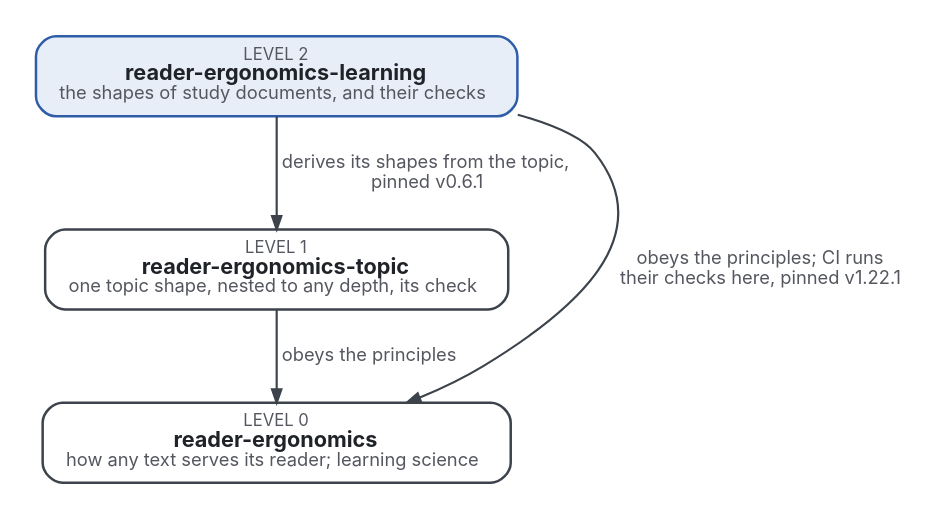
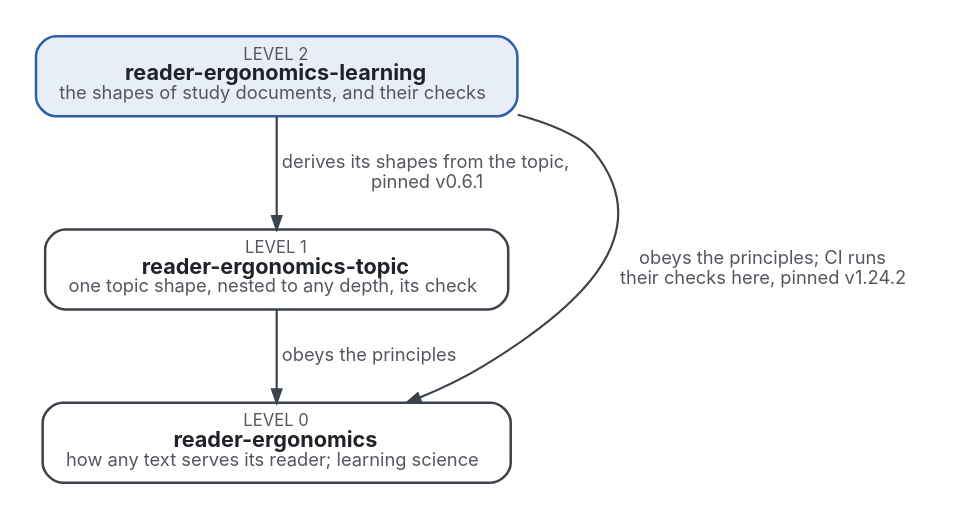
One commit to Tewf/reader-ergonomics-learning changed the diagram in where-it-sits.dot. Above: the diagram before and after it, drawn with Graphviz. The commit also changed 32 other files, not shown here.

```diff
--- a/where-it-sits.dot
+++ b/where-it-sits.dot
@@ -1,11 +1,11 @@
 digraph levels {
   graph [rankdir=TB, nodesep=0.6, ranksep=0.6, bgcolor="white", pad=0.2, fontname="Inter"];
   node  [shape=box, style="rounded,filled", fontname="Inter", fontsize=13, margin="0.2,0.1", penwidth=1.5, fontcolor="#1F2328"];
   edge  [fontname="Inter", fontsize=11, color="#3D434B", fontcolor="#55575F", penwidth=1.3, arrowsize=0.8];
   L [label=<<font point-size="10" color="#55575F">LEVEL 2</font><br/><b>reader-ergonomics-learning</b><br/><font point-size="11" color="#55575F">the shapes of study documents, and their checks</font>>, fillcolor="#E8EEF8", color="#2F5DA8"];
   T [label=<<font point-size="10" color="#55575F">LEVEL 1</font><br/><b>reader-ergonomics-topic</b><br/><font point-size="11" color="#55575F">one topic shape, nested to any depth, its check</font>>, fillcolor="#FFFFFF", color="#3D434B"];
   R [label=<<font point-size="10" color="#55575F">LEVEL 0</font><br/><b>reader-ergonomics</b><br/><font point-size="11" color="#55575F">how any text serves its reader; learning science</font>>, fillcolor="#FFFFFF", color="#3D434B"];
   L -> T [label=<  derives its shapes from the topic,<br/>  pinned v0.6.1>];
   T -> R [label=<  obeys the principles>];
-  L -> R [label=<  obeys the principles; CI runs<br/>  their checks here, pinned v1.22.1>, constraint=false];
+  L -> R [label=<  obeys the principles; CI runs<br/>  their checks here, pinned v1.24.2>, constraint=false];
 }
```
